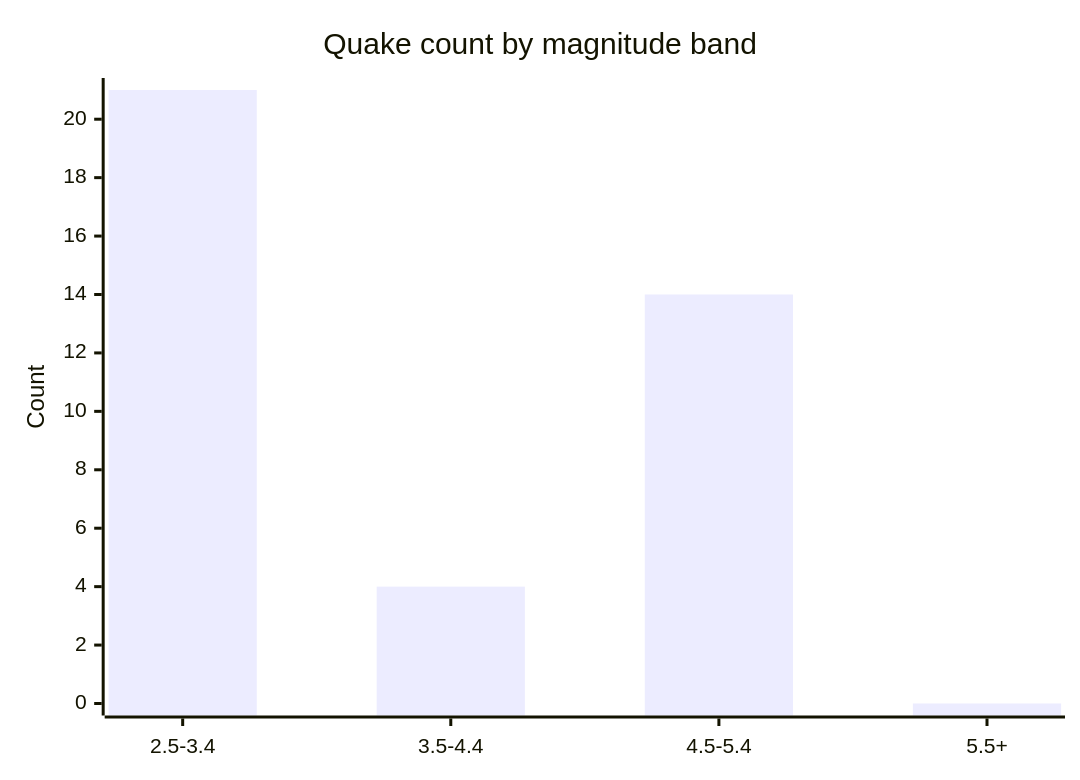
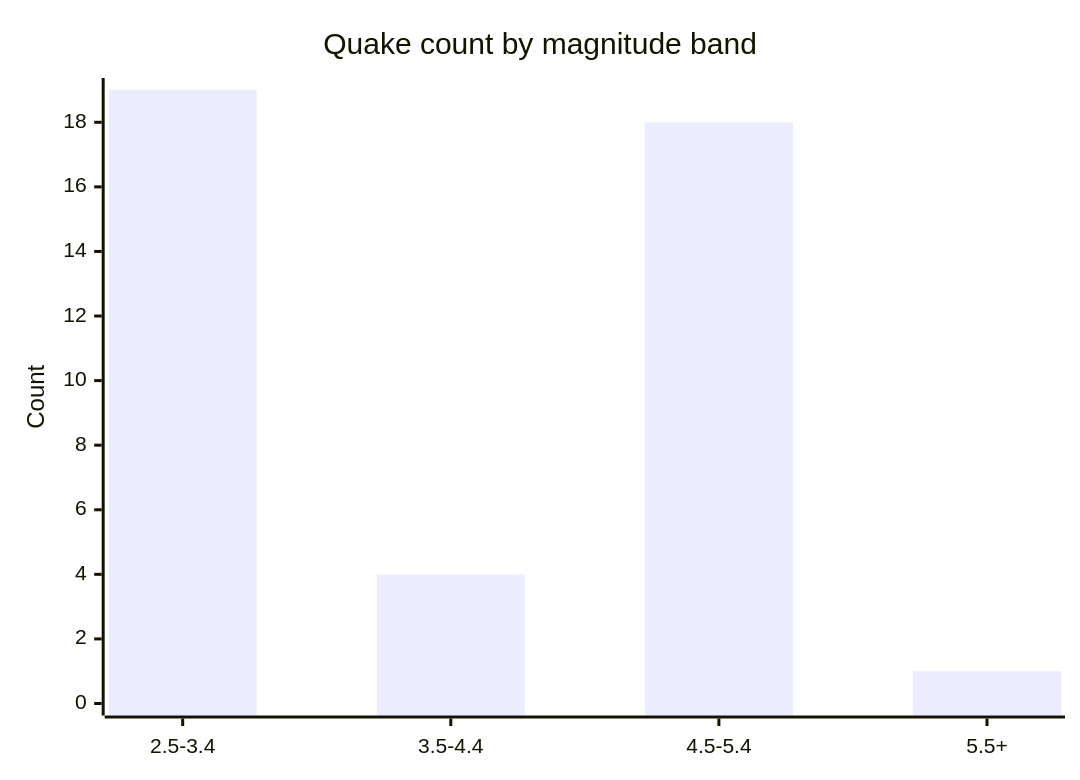
Before and after one commit to Midwest-Stratospheric/aerostratospheric-defense-gir: the fifth of 6 diagrams in docs/GRAPHS.md, drawn with Mermaid. The commit also changed other lines of this file and 26 other files, not shown here.

````diff
--- a/docs/GRAPHS.md
+++ b/docs/GRAPHS.md
@@ -90,7 +82,7 @@
 ```mermaid
 xychart-beta
   title "Quake count by magnitude band"
   x-axis ["2.5-3.4", "3.5-4.4", "4.5-5.4", "5.5+"]
-  y-axis "Count" 0 --> 21
-  bar [21, 4, 14, 0]
+  y-axis "Count" 0 --> 19
+  bar [19, 4, 18, 1]
 ```
````
